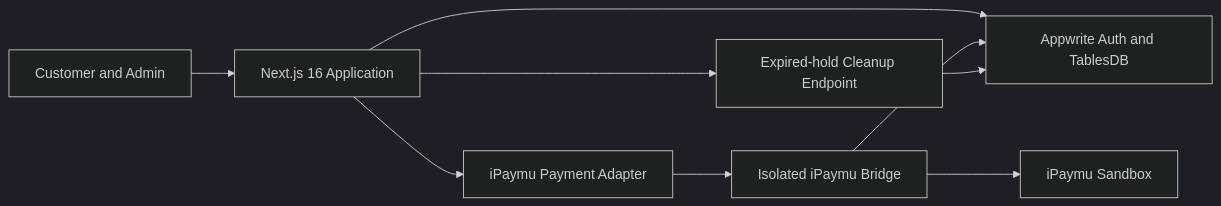
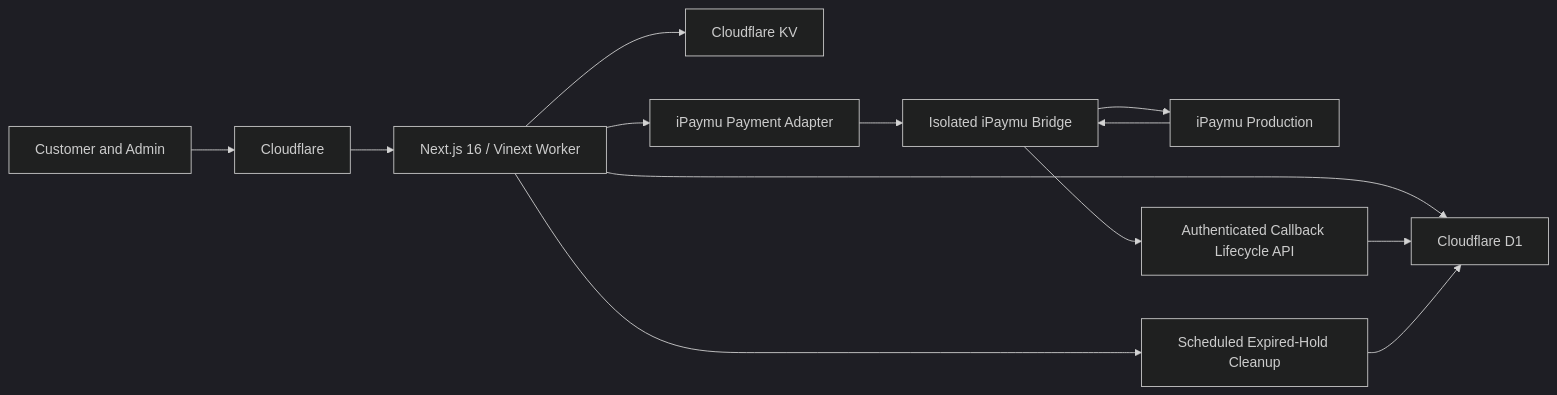
The third of 3 diagrams in README.md (loctate/giligo-fast-boat-booking), drawn with Mermaid (dark theme) before and after one commit. The commit also changed other lines of this file, not shown here.

Commit message:
docs: refresh README for Cloudflare production architecture

````diff
--- a/README.md
+++ b/README.md
@@ -281,15 +283,19 @@
 ```mermaid
 flowchart LR
-    U[Customer and Admin]
-    --> W[Next.js 16 Application]
+    U[Customer and Admin] --> CF[Cloudflare]
+    CF --> W[Next.js 16 / Vinext Worker]
 
-    W --> A[Appwrite Auth and TablesDB]
+    W --> D1[Cloudflare D1]
+    W --> KV[Cloudflare KV]
     W --> P[iPaymu Payment Adapter]
-    W --> C[Expired-hold Cleanup Endpoint]
 
     P --> B[Isolated iPaymu Bridge]
-    B --> I[iPaymu Sandbox]
-    B --> A
+    B --> I[iPaymu Production]
 
-    C --> A
+    I --> B
+    B --> C[Authenticated Callback Lifecycle API]
+    C --> D1
+
+    W --> X[Scheduled Expired-Hold Cleanup]
+    X --> D1
 ```
````
